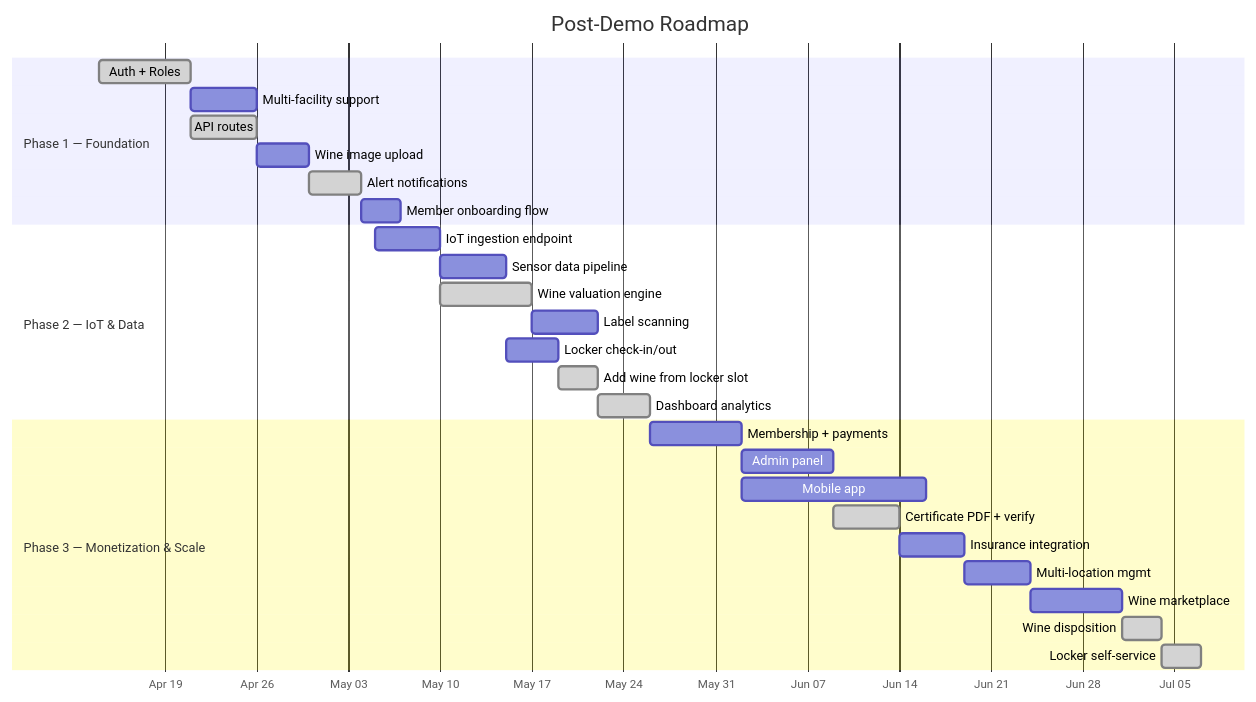
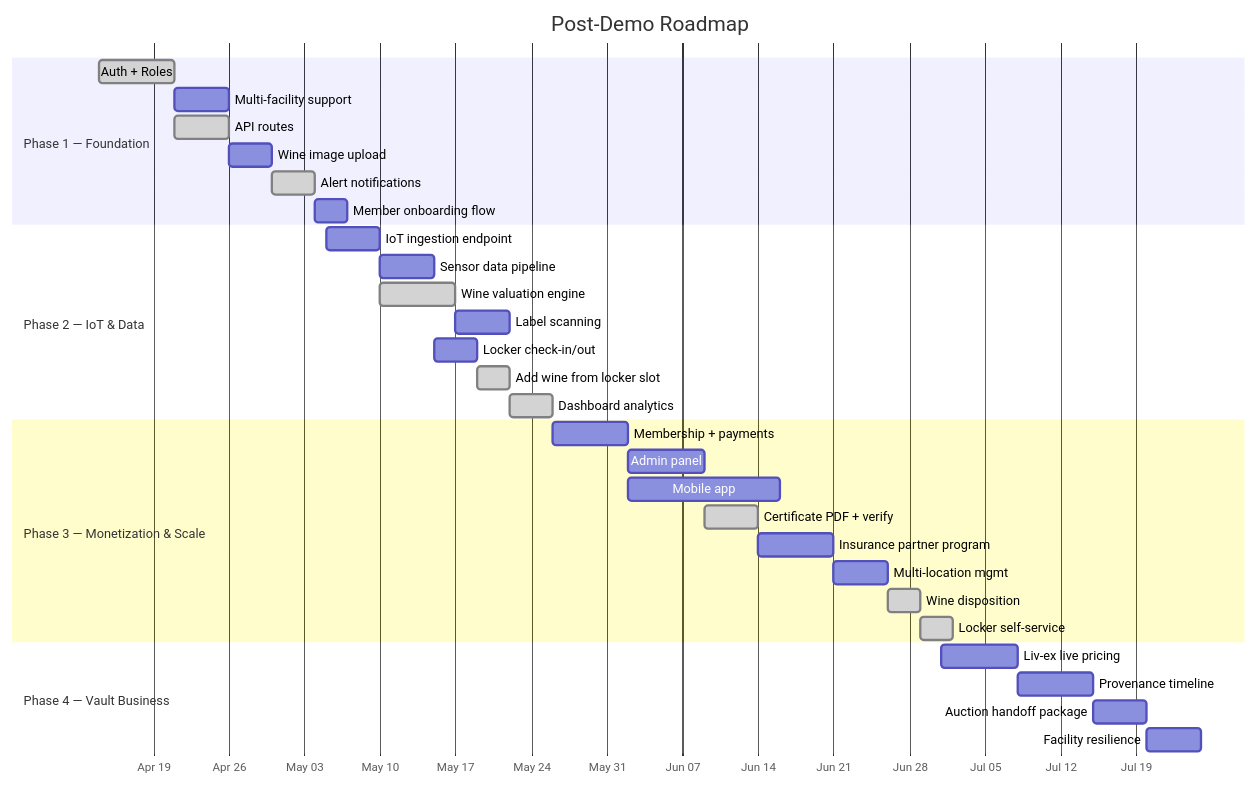
Before and after one commit to nathanielsohn/caveau-app: the diagram in SPEC.md, drawn with Mermaid. The commit also changed other lines of this file and 9 other files, not shown here.

First line of the commit message:
feat(40): provenance chain-of-custody timeline

````diff
--- a/SPEC.md
+++ b/SPEC.md
@@ -271,34 +271,39 @@
 ```mermaid
 gantt
     title Post-Demo Roadmap
     dateFormat YYYY-MM-DD
     axisFormat %b %d
 
     section Phase 1 — Foundation
     Auth + Roles              :done, p1a, 2026-04-14, 7d
     Multi-facility support    :p1b, after p1a, 5d
     API routes                :done, p1c, after p1a, 5d
     Wine image upload         :p1d, after p1c, 4d
     Alert notifications       :done, p1e, after p1d, 4d
     Member onboarding flow    :p1f, after p1e, 3d
 
     section Phase 2 — IoT & Data
     IoT ingestion endpoint    :p2a, 2026-05-05, 5d
     Sensor data pipeline      :p2b, after p2a, 5d
     Wine valuation engine     :done, p2c, after p2a, 7d
     Label scanning            :p2d, after p2c, 5d
     Locker check-in/out       :p2e, after p2b, 4d
     Add wine from locker slot :done, p2g, after p2e, 3d
     Dashboard analytics       :done, p2f, after p2g, 4d
 
     section Phase 3 — Monetization & Scale
     Membership + payments     :p3a, 2026-05-26, 7d
     Admin panel               :p3b, after p3a, 7d
     Mobile app                :p3c, after p3a, 14d
     Certificate PDF + verify  :done, p3d, after p3b, 5d
-    Insurance integration     :p3e, after p3d, 5d
+    Insurance partner program :p3e, after p3d, 7d
     Multi-location mgmt       :p3f, after p3e, 5d
-    Wine marketplace          :p3g, after p3f, 7d
-    Wine disposition          :done, p3h, after p3g, 3d
+    Wine disposition          :done, p3h, after p3f, 3d
     Locker self-service       :done, p3i, after p3h, 3d
+
+    section Phase 4 — Vault Business
+    Liv-ex live pricing       :p4a, 2026-07-01, 7d
+    Provenance timeline       :p4b, after p4a, 7d
+    Auction handoff package   :p4c, after p4b, 5d
+    Facility resilience       :p4d, after p4c, 5d
 ```
````
